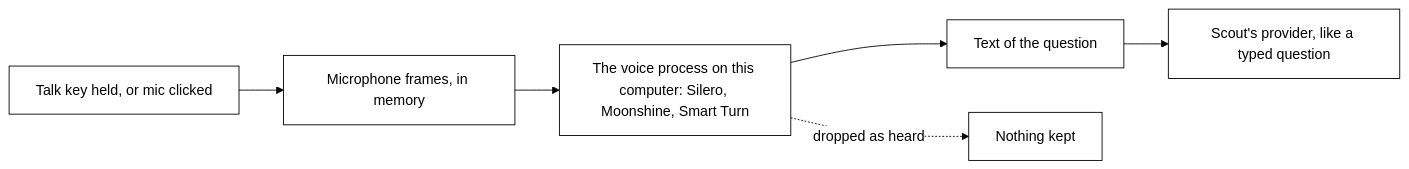
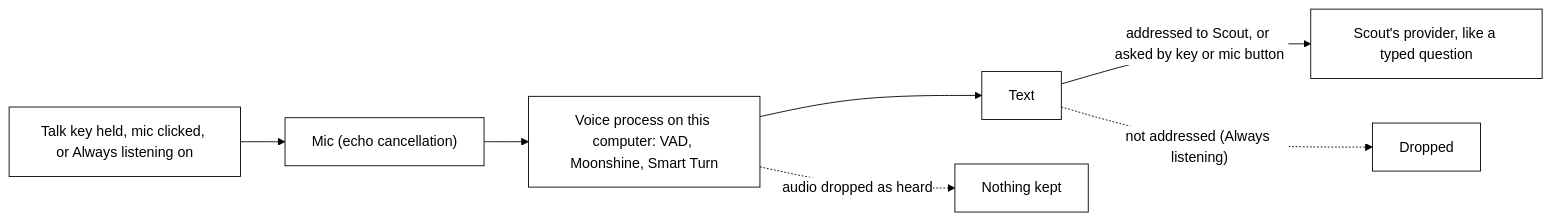
The second of 2 diagrams in docs/privacy.md (nadeem4/tagalong), drawn with Mermaid before and after one commit. The commit also changed other lines of this file and 35 other files, not shown here.

First line of the commit message:
Always listening, Seeing toggle and mic in the text box (#93)

````diff
--- a/docs/privacy.md
+++ b/docs/privacy.md
@@ -239,9 +244,10 @@
 ```mermaid
 %%{init: {"theme": "base", "themeVariables": {"primaryColor": "#ffffff", "primaryTextColor": "#000000", "primaryBorderColor": "#000000", "lineColor": "#000000", "secondaryColor": "#ffffff", "tertiaryColor": "#ffffff", "background": "#ffffff"}}}%%
 flowchart LR
-  K["Talk key held, or mic clicked"] --> R["Microphone frames, in memory"]
-  R --> V["The voice process on this computer: Silero, Moonshine, Smart Turn"]
-  V --> T["Text of the question"]
-  T --> P["Scout's provider, like a typed question"]
-  V -.->|"dropped as heard"| X["Nothing kept"]
+  K["Talk key held, mic clicked, or Always listening on"] --> M["Mic (echo cancellation)"]
+  M --> V["Voice process on this computer: VAD, Moonshine, Smart Turn"]
+  V --> T["Text"]
+  T -->|"addressed to Scout, or asked by key or mic button"| P["Scout's provider, like a typed question"]
+  T -.->|"not addressed (Always listening)"| D["Dropped"]
+  V -.->|"audio dropped as heard"| X["Nothing kept"]
 ```
````
